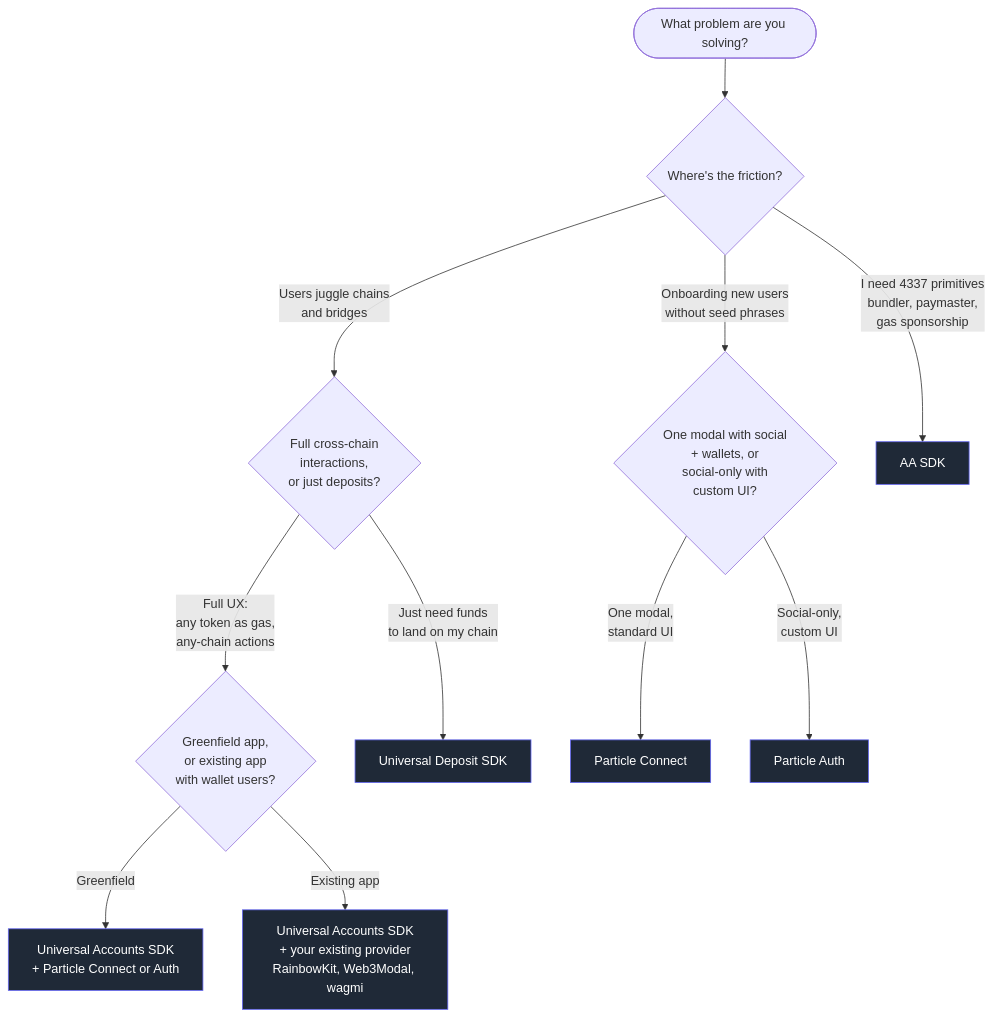
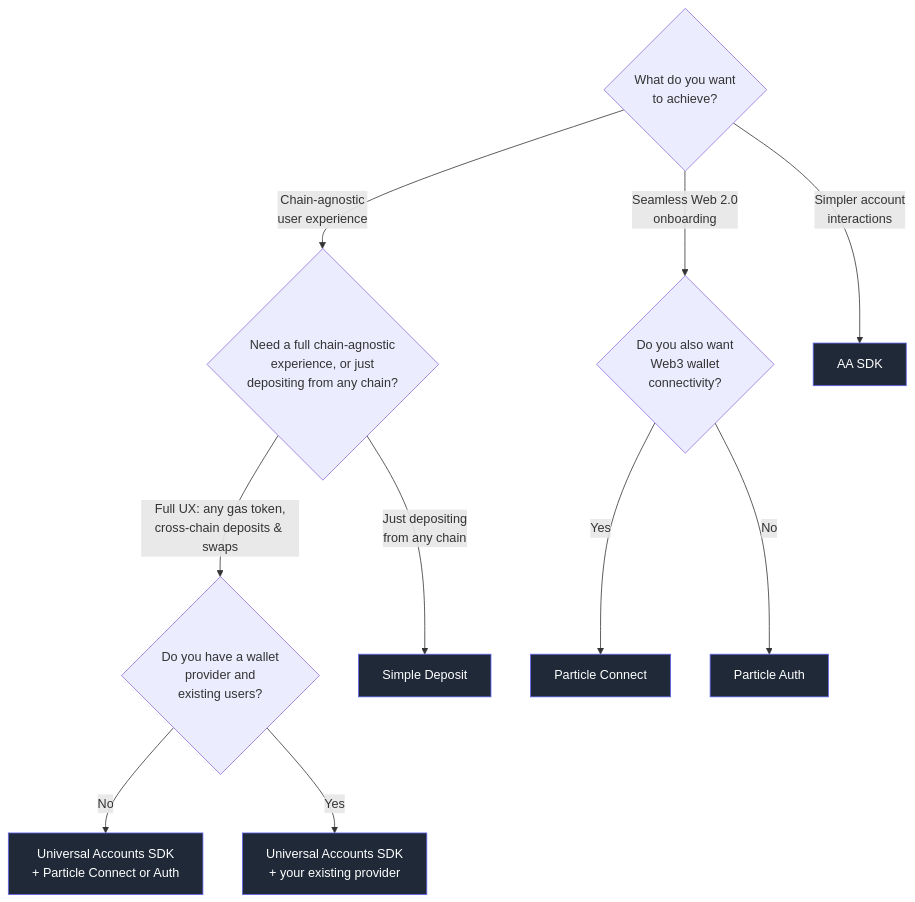
One commit to Dustin4444/particle-docs-mintlify changed the diagram in intro/which-product.mdx. Above: the diagram before and after it, drawn with Mermaid. The commit also changed other lines of this file and 2 other files, not shown here.

````diff
--- a/intro/which-product.mdx
+++ b/intro/which-product.mdx
@@ -15,21 +15,20 @@
 ```mermaid
 flowchart TD
-  Start([What problem are you solving?])
-  Start --> Q1{Where's the friction?}
+  Q1{What do you want<br/>to achieve?}
 
-  Q1 -->|Users juggle chains<br/>and bridges| Q2{Full cross-chain<br/>interactions,<br/>or just deposits?}
-  Q1 -->|Onboarding new users<br/>without seed phrases| Q3{One modal with social<br/>+ wallets, or<br/>social-only with<br/>custom UI?}
-  Q1 -->|I need 4337 primitives<br/>bundler, paymaster,<br/>gas sponsorship| AASDK[AA SDK]
+  Q1 -->|Chain-agnostic<br/>user experience| Q2{Need a full chain-agnostic<br/>experience, or just<br/>depositing from any chain?}
+  Q1 -->|Seamless Web 2.0<br/>onboarding| Q3{Do you also want<br/>Web3 wallet<br/>connectivity?}
+  Q1 -->|Simpler account<br/>interactions| AASDK[AA SDK]
 
-  Q2 -->|Full UX:<br/>any token as gas,<br/>any-chain actions| Q4{Greenfield app,<br/>or existing app<br/>with wallet users?}
-  Q2 -->|Just need funds<br/>to land on my chain| UDSDK[Universal Deposit SDK]
+  Q2 -->|Full UX: any gas token,<br/>cross-chain deposits & swaps| Q4{Do you have a wallet<br/>provider and<br/>existing users?}
+  Q2 -->|Just depositing<br/>from any chain| UDSDK[Simple Deposit]
 
-  Q4 -->|Greenfield| UA_NEW[Universal Accounts SDK<br/>+ Particle Connect or Auth]
-  Q4 -->|Existing app| UA_EXT[Universal Accounts SDK<br/>+ your existing provider<br/>RainbowKit, Web3Modal, wagmi]
+  Q4 -->|No| UA_NEW[Universal Accounts SDK<br/>+ Particle Connect or Auth]
+  Q4 -->|Yes| UA_EXT[Universal Accounts SDK<br/>+ your existing provider]
 
-  Q3 -->|One modal,<br/>standard UI| Connect[Particle Connect]
-  Q3 -->|Social-only,<br/>custom UI| Auth[Particle Auth]
+  Q3 -->|Yes| Connect[Particle Connect]
+  Q3 -->|No| Auth[Particle Auth]
 
   classDef leaf fill:#1f2937,stroke:#6366f1,color:#fff;
   class AASDK,UDSDK,UA_NEW,UA_EXT,Connect,Auth leaf;
 ```
````
